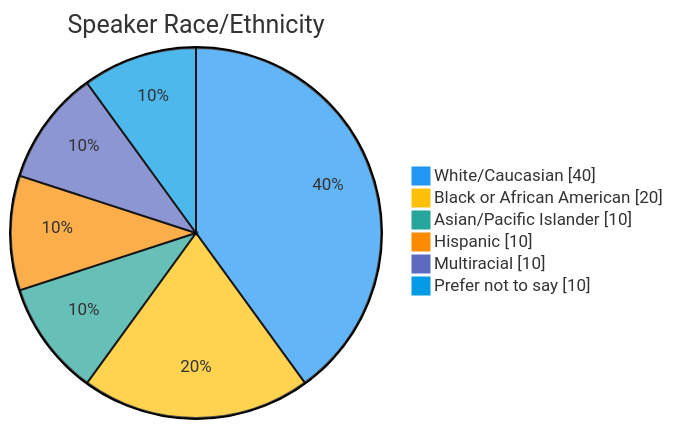
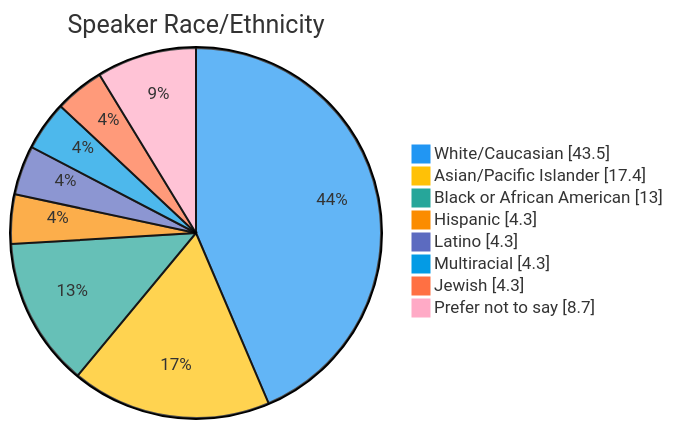
One commit to pytexas/pytexas.github.io changed the fifth of 8 diagrams in docs/blog/posts/2026-conference-recap.md. Above: the diagram before and after it, drawn with Mermaid. The commit also changed other lines of this file, not shown here.

````diff
--- a/docs/blog/posts/2026-conference-recap.md
+++ b/docs/blog/posts/2026-conference-recap.md
@@ -324,11 +324,13 @@
 ```mermaid
 %%{init: {'theme': 'base', 'themeVariables': { 'pie1': '#2196F3', 'pie2': '#FFC107', 'pie3': '#26A69A', 'pie4': '#FB8C00', 'pie5': '#5C6BC0', 'pie6': '#039BE5', 'pie7': '#FF7043'}}}%%
 pie showData
     title Speaker Race/Ethnicity
-    "White/Caucasian": 40
-    "Black or African American": 20
-    "Asian/Pacific Islander": 10
-    "Hispanic": 10
-    "Multiracial": 10
-    "Prefer not to say": 10
+    "White/Caucasian": 43.5
+    "Asian/Pacific Islander": 17.4
+    "Black or African American": 13.0
+    "Hispanic": 4.3
+    "Latino": 4.3
+    "Multiracial": 4.3
+    "Jewish": 4.3
+    "Prefer not to say": 8.7
 ```
````
